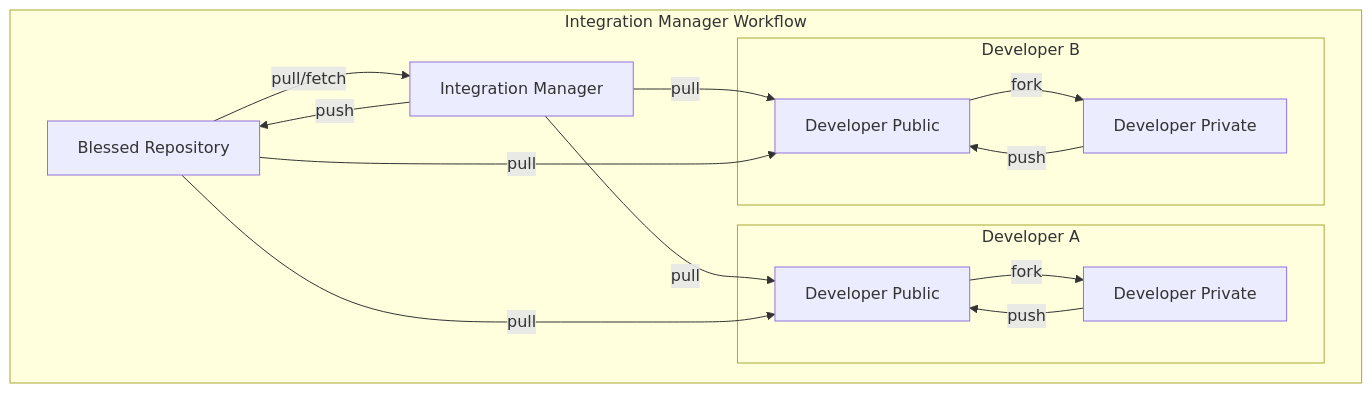
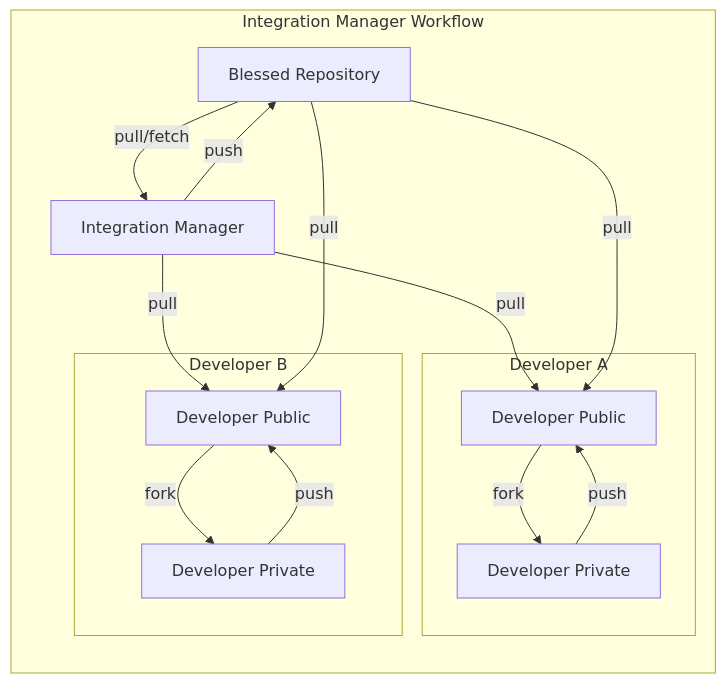
The first of 2 diagrams in public/markdown/posts/distributed-git.md (rahafebx/git-snaps), drawn with Mermaid before and after one commit. The commit also changed other lines of this file and 5 other files, not shown here.

````diff
--- a/public/markdown/posts/distributed-git.md
+++ b/public/markdown/posts/distributed-git.md
@@ -30,22 +31,22 @@
 ```mermaid
-graph TD
+graph RL
     subgraph "Integration Manager Workflow"
         B[Blessed Repository] -->|pull/fetch| IM[Integration Manager]
         
         subgraph "Developer A"
             DA1[Developer Public] -->|fork| DA2[Developer Private]
             DA2 -->|push| DA1
         end
         
         subgraph "Developer B"
             DB1[Developer Public] -->|fork| DB2[Developer Private]
             DB2 -->|push| DB1
         end
         
         IM -->|pull| DA1
         IM -->|pull| DB1
         IM -->|push| B
         B -->|pull| DA1
         B -->|pull| DB1
     end
 ```
````
